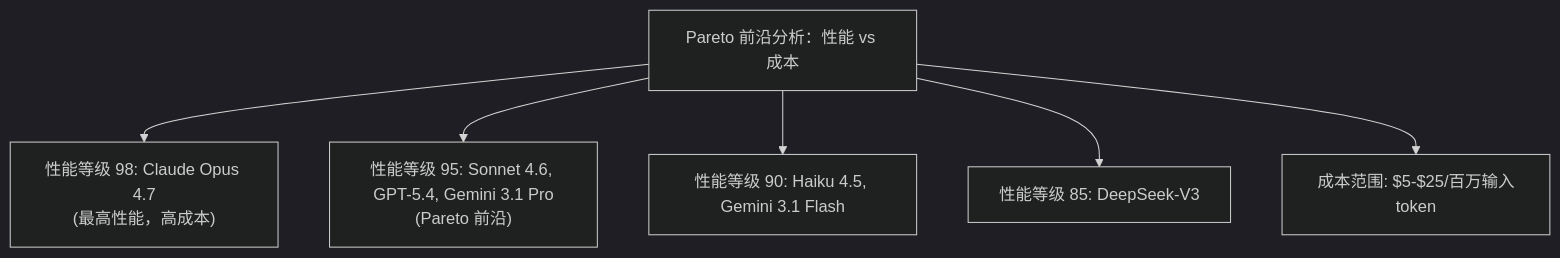
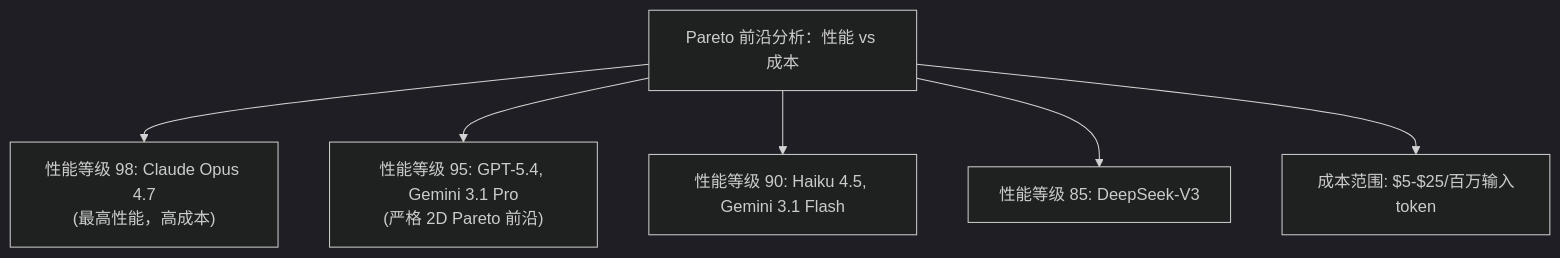
The second of 3 diagrams in 12_appendix/12.6_model_comparison.md (yeasy/claude_guide), drawn with Mermaid (dark theme) before and after one commit. The commit also changed other lines of this file and 11 other files, not shown here.

````diff
--- a/12_appendix/12.6_model_comparison.md
+++ b/12_appendix/12.6_model_comparison.md
@@ -606,15 +606,15 @@
 ```mermaid
 graph TD
     A["Pareto 前沿分析：性能 vs 成本"]
     B["性能等级 98: Claude Opus 4.7<br/>(最高性能，高成本)"]
-    C["性能等级 95: Sonnet 4.6, GPT-5.4, Gemini 3.1 Pro<br/>(Pareto 前沿)"]
+    C["性能等级 95: GPT-5.4, Gemini 3.1 Pro<br/>(严格 2D Pareto 前沿)"]
     D["性能等级 90: Haiku 4.5, Gemini 3.1 Flash"]
     E["性能等级 85: DeepSeek-V3"]
     F["成本范围: $5-$25/百万输入token"]
 
     A --> B
     A --> C
     A --> D
     A --> E
     A --> F
 ```
````
